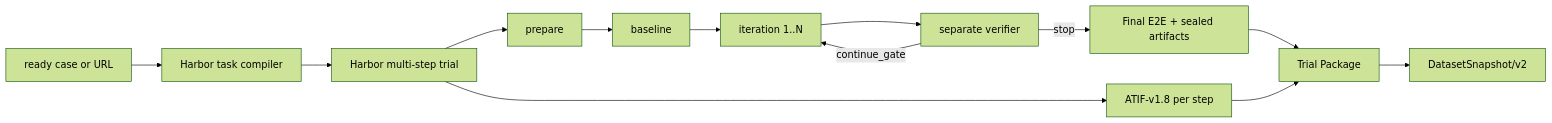
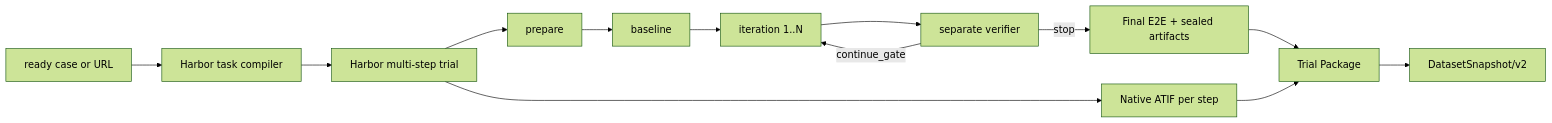
The diagram in docs/architecture.md (PlevanTem/ui-reverse-engineer), drawn with Mermaid (forest theme) before and after one commit. The commit also changed other lines of this file and 49 other files, not shown here.

````diff
--- a/docs/architecture.md
+++ b/docs/architecture.md
@@ -5,15 +5,15 @@
 ```mermaid
 flowchart LR
   A[ready case or URL] --> B[Harbor task compiler]
   B --> C[Harbor multi-step trial]
   C --> D[prepare]
   D --> E[baseline]
   E --> F[iteration 1..N]
   F --> G[separate verifier]
   G -->|continue_gate| F
   G -->|stop| H[Final E2E + sealed artifacts]
-  C --> I[ATIF-v1.8 per step]
+  C --> I[Native ATIF per step]
   H --> J[Trial Package]
   I --> J
   J --> K[DatasetSnapshot/v2]
 ```
````
